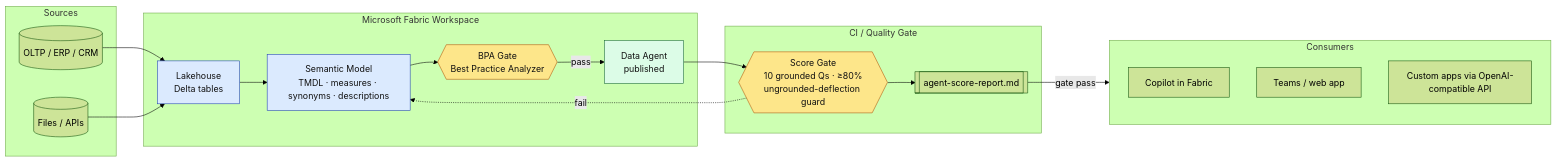
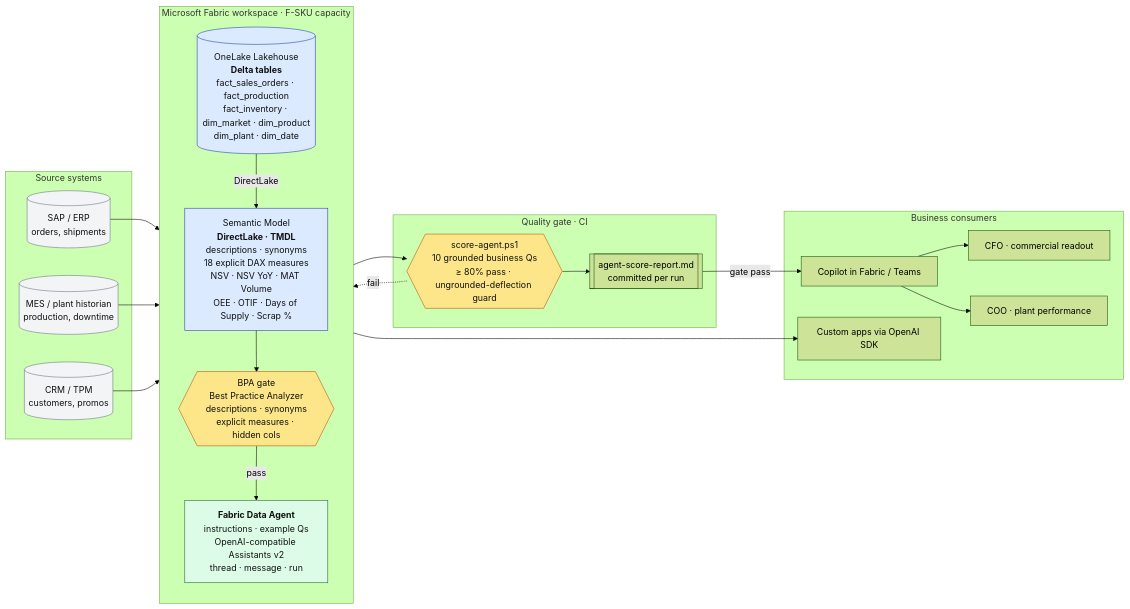
The diagram in README.md (vaddify/fabric-data-agent-patterns), drawn with Mermaid (forest theme) before and after one commit. The commit also changed other lines of this file, not shown here.

Commit message:
README: add CPG business case, Fabric-specific tech architecture, 10 questions w/ grounded answers

````diff
--- a/README.md
+++ b/README.md
@@ -19,42 +33,51 @@
 ```mermaid
 flowchart LR
-    subgraph SRC[Sources]
-        S1[(OLTP / ERP / CRM)]
-        S2[(Files / APIs)]
+    subgraph SRC[Source systems]
+        ERP[(SAP / ERP<br/>orders, shipments)]
+        MES[(MES / plant historian<br/>production, downtime)]
+        CRM[(CRM / TPM<br/>customers, promos)]
     end
 
-    subgraph FAB[Microsoft Fabric Workspace]
-        LH[Lakehouse<br/>Delta tables]
-        SM[Semantic Model<br/>TMDL · measures · synonyms · descriptions]
-        BPA{{BPA Gate<br/>Best Practice Analyzer}}
-        AGT[Data Agent<br/>published]
+    subgraph FAB[Microsoft Fabric workspace · F-SKU capacity]
+        direction TB
+        LH[(OneLake Lakehouse<br/><b>Delta tables</b><br/>fact_sales_orders · fact_production<br/>fact_inventory · dim_market · dim_product<br/>dim_plant · dim_date)]
+        SM[Semantic Model<br/><b>DirectLake · TMDL</b><br/>descriptions · synonyms<br/>18 explicit DAX measures<br/>NSV · NSV YoY · MAT Volume<br/>OEE · OTIF · Days of Supply · Scrap %]
+        BPA{{BPA gate<br/>Best Practice Analyzer<br/>descriptions · synonyms<br/>explicit measures · hidden cols}}
+        AGT[<b>Fabric Data Agent</b><br/>instructions · example Qs<br/>OpenAI-compatible Assistants v2<br/>thread · message · run]
     end
 
-    subgraph CI[CI / Quality Gate]
-        SCORE{{Score Gate<br/>10 grounded Qs · &ge;80%<br/>ungrounded-deflection guard}}
-        REPORT[[agent-score-report.md]]
+    subgraph CI[Quality gate · CI]
+        SCORE{{score-agent.ps1<br/>10 grounded business Qs<br/>&ge; 80% pass · ungrounded-deflection guard}}
+        REPORT[[agent-score-report.md<br/>committed per run]]
     end
 
-    subgraph CONSUMERS[Consumers]
-        C1[Copilot in Fabric]
-        C2[Teams / web app]
-        C3[Custom apps via OpenAI-compatible API]
+    subgraph CONS[Business consumers]
+        CFO[CFO · commercial readout]
+        COO[COO · plant performance]
+        COPILOT[Copilot in Fabric / Teams]
+        APP[Custom apps via OpenAI SDK]
     end
 
-    S1 --> LH
-    S2 --> LH
-    LH --> SM
+    ERP --> LH
+    MES --> LH
+    CRM --> LH
+    LH -- DirectLake --> SM
     SM --> BPA
     BPA -->|pass| AGT
     AGT --> SCORE
     SCORE --> REPORT
-    REPORT -->|gate pass| CONSUMERS
+    REPORT -->|gate pass| COPILOT
+    COPILOT --> CFO
+    COPILOT --> COO
+    AGT --> APP
     SCORE -. fail .-> SM
 
     classDef gate fill:#fde68a,stroke:#b45309,color:#111
     classDef store fill:#dbeafe,stroke:#1e40af,color:#111
     classDef agent fill:#dcfce7,stroke:#166534,color:#111
+    classDef src fill:#f3f4f6,stroke:#6b7280,color:#111
     class BPA,SCORE gate
     class LH,SM store
     class AGT agent
+    class ERP,MES,CRM src
 ```
````
